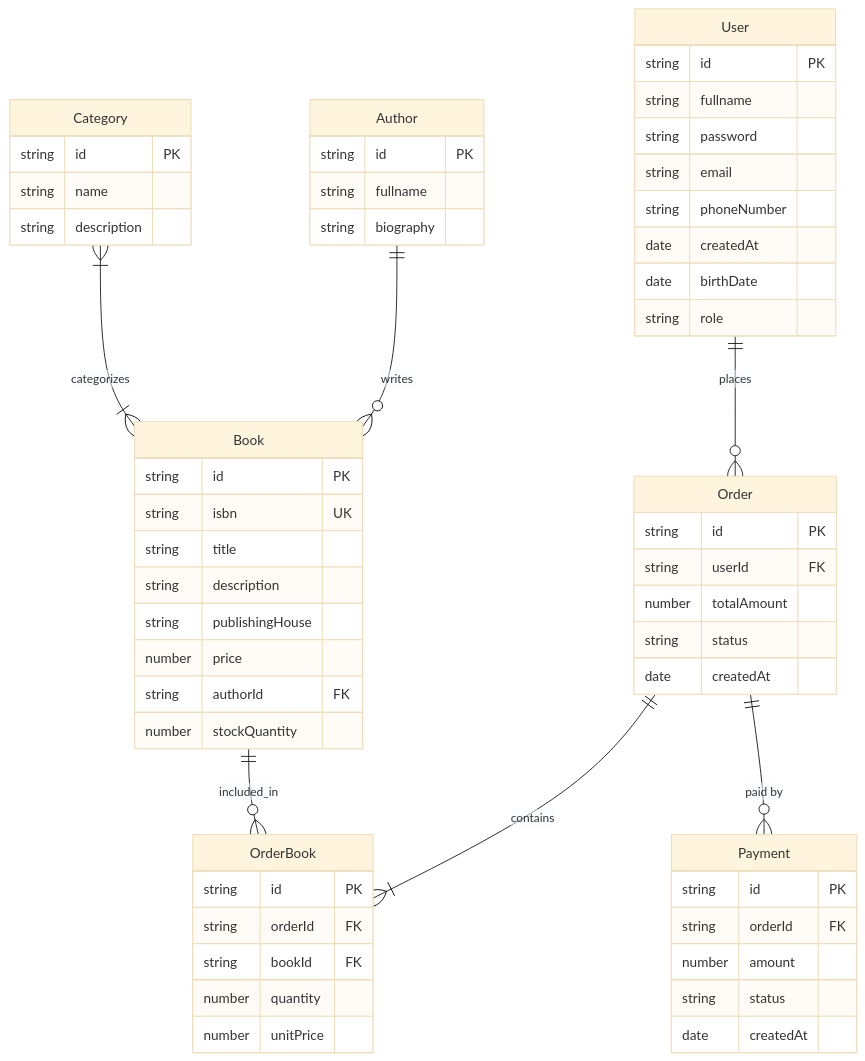
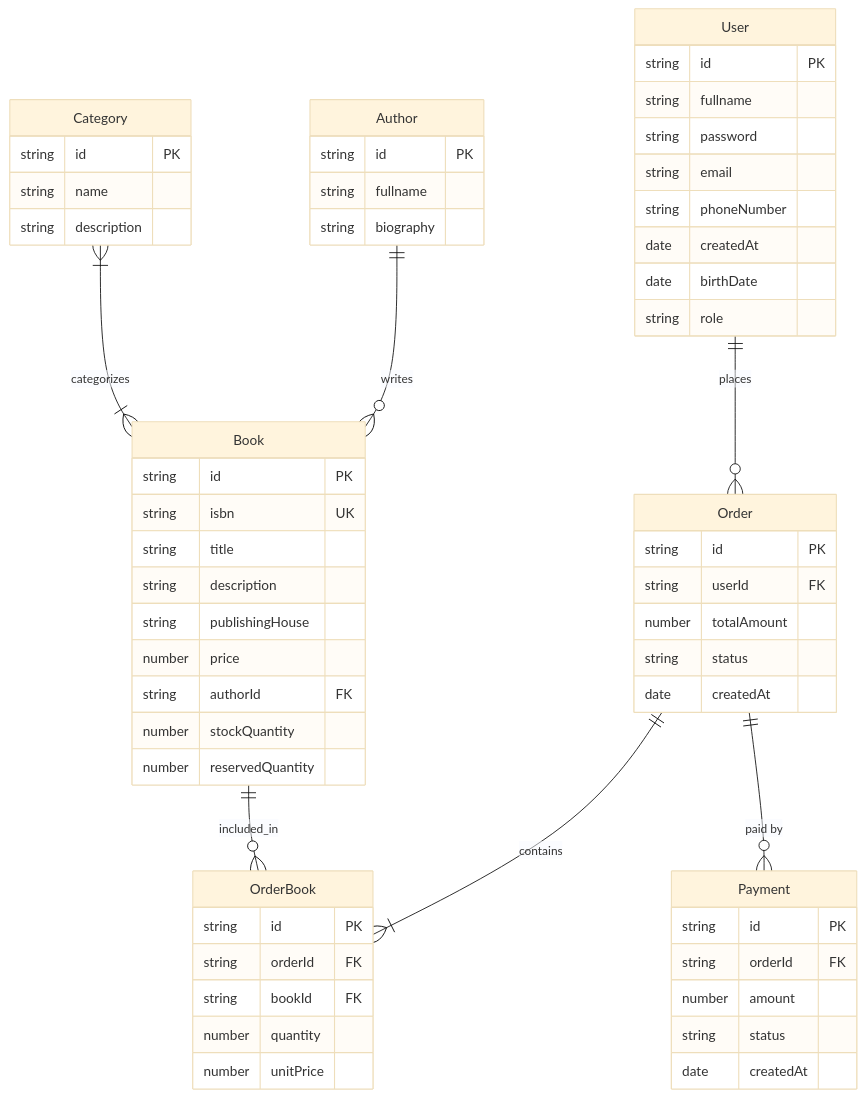
One commit to wameny/KPI2year changed the diagram in lab1/model.mmd. Above: the diagram before and after it, drawn with Mermaid (base theme). The commit also changed 5 other files, not shown here.

First line of the commit message:
reservedQuantity added and diagrams updated

```diff
--- a/lab1/model.mmd
+++ b/lab1/model.mmd
@@ -1,65 +1,66 @@
 erDiagram
     User ||--o{ Order : "places"
     Author ||--o{ Book : "writes"
     Category }|--|{ Book : "categorizes"
     Order ||--|{ OrderBook : "contains"
     Book ||--o{ OrderBook : "included_in"
     Order ||--o{ Payment : "paid by"
 
     User {
         string id PK
         string fullname
         string password
         string email
         string phoneNumber
         date createdAt
         date birthDate
         string role
     }
 
     Category {
         string id PK
         string name
         string description
     }
 
     Author {
         string id PK
         string fullname
         string biography
     }
 
     Book {
         string id PK
         string isbn UK
         string title
         string description
         string publishingHouse
         number price
         string authorId FK
         number stockQuantity
+        number reservedQuantity
     }
 
     Order {
         string id PK
         string userId FK
         number totalAmount
         string status
         date createdAt
     }
 
     OrderBook {
         string id PK
         string orderId FK
         string bookId FK
         number quantity
         number unitPrice
     }
 
     Payment {
         string id PK
         string orderId FK
         number amount
         string status
         date createdAt
     }
```
